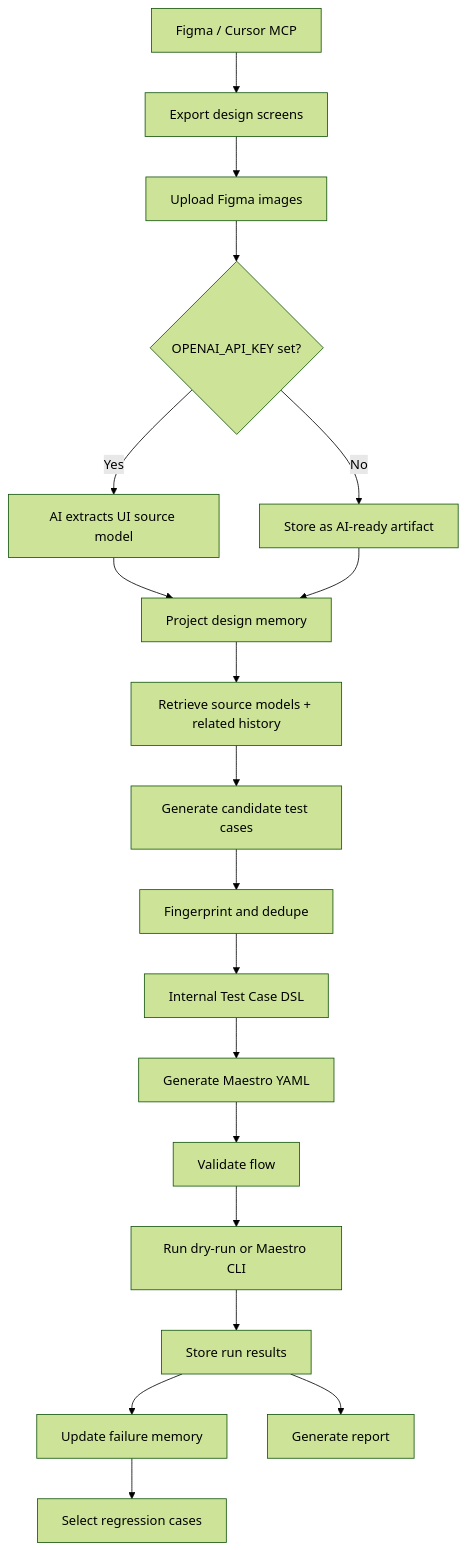
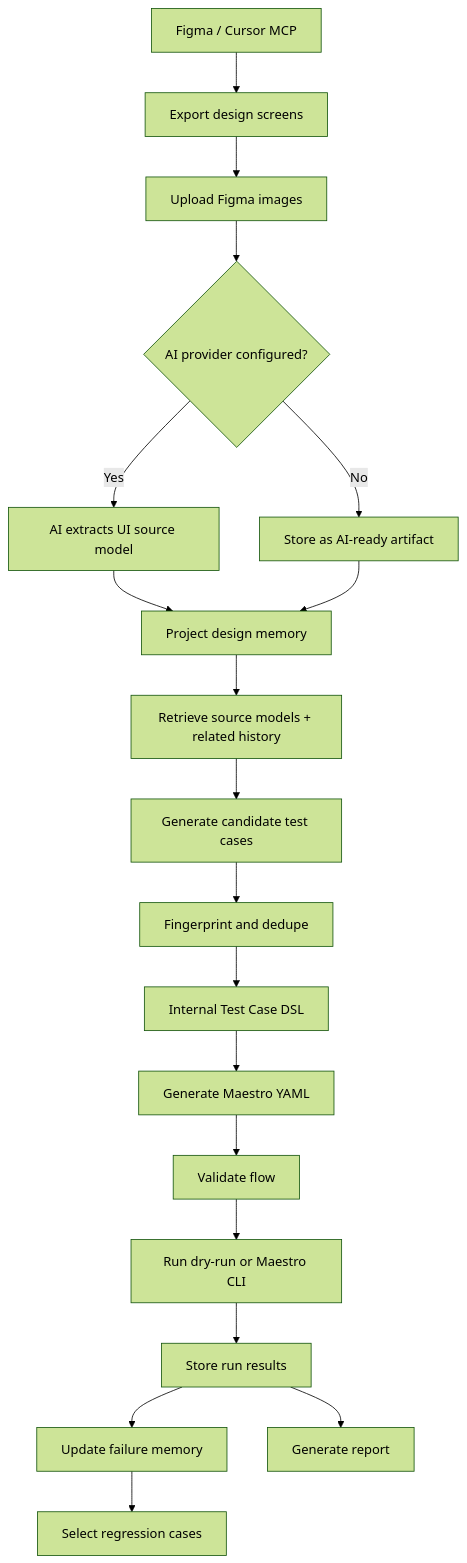
One commit to Campaignhatsecretin185/ai-design2test changed the first of 6 diagrams in DESIGN.md. Above: the diagram before and after it, drawn with Mermaid (forest theme). The commit also changed other lines of this file and 9 other files, not shown here.

````diff
--- a/DESIGN.md
+++ b/DESIGN.md
@@ -30,21 +30,21 @@
 ```mermaid
 flowchart TD
   A["Figma / Cursor MCP"] --> B["Export design screens"]
   B --> C["Upload Figma images"]
-  C --> D{"OPENAI_API_KEY set?"}
+  C --> D{"AI provider configured?"}
   D -->|Yes| E["AI extracts UI source model"]
   D -->|No| F["Store as AI-ready artifact"]
   E --> G["Project design memory"]
   F --> G
   G --> H["Retrieve source models + related history"]
   H --> I["Generate candidate test cases"]
   I --> J["Fingerprint and dedupe"]
   J --> K["Internal Test Case DSL"]
   K --> L["Generate Maestro YAML"]
   L --> M["Validate flow"]
   M --> N["Run dry-run or Maestro CLI"]
   N --> O["Store run results"]
   O --> P["Update failure memory"]
   P --> Q["Select regression cases"]
   O --> R["Generate report"]
 ```
````
